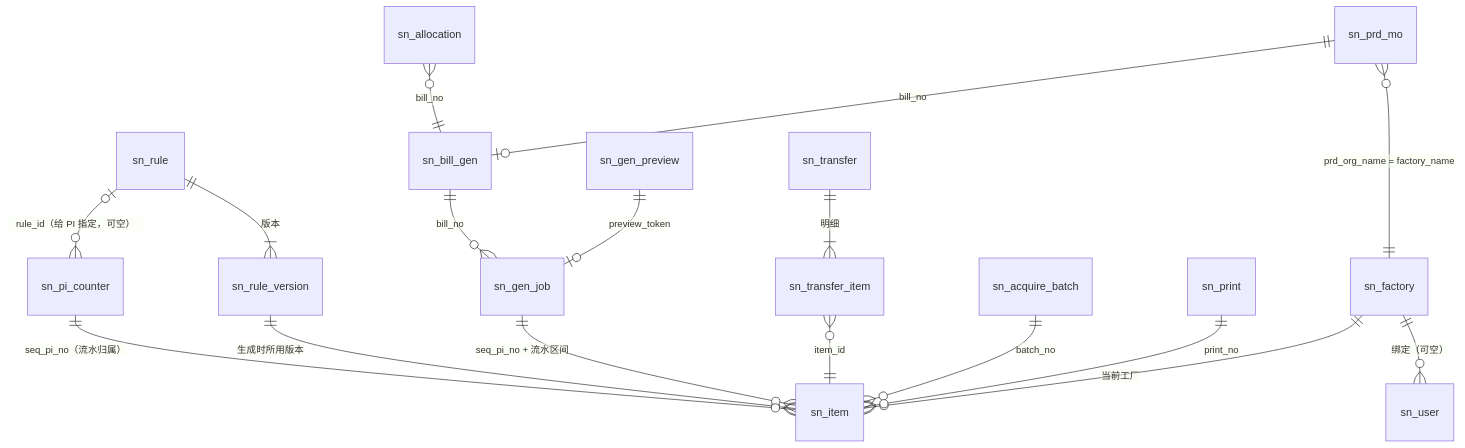
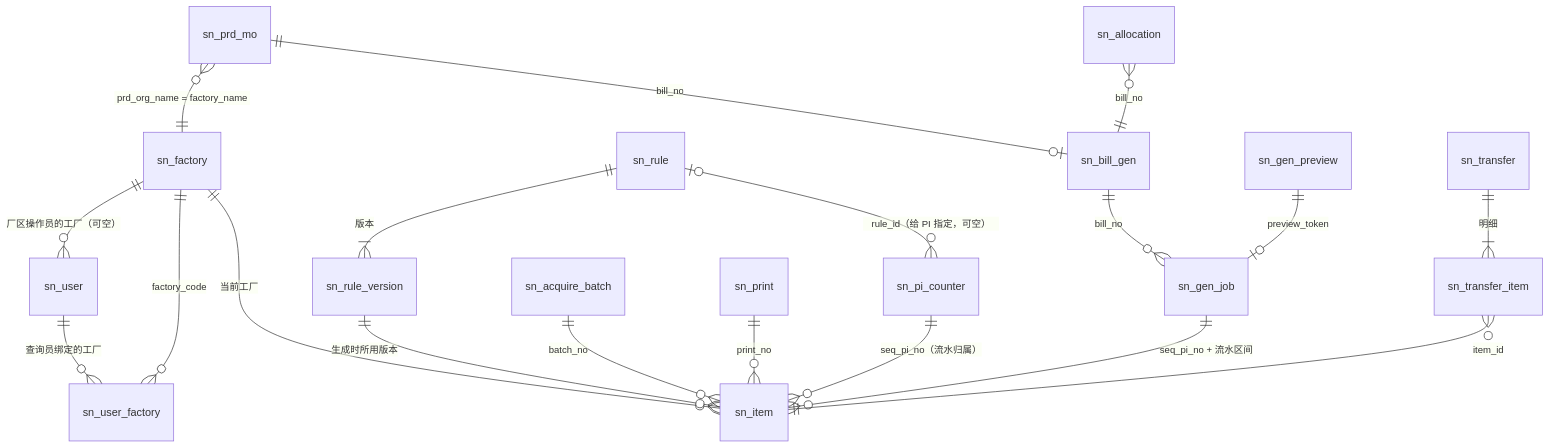
Before and after one commit to Createsnow/sn-center: the diagram in docs/数据库表设计.md, drawn with Mermaid. The commit also changed other lines of this file and 25 other files, not shown here.

First line of the commit message:
文档：逐个功能对照代码校对并更新全部文档、配图与 Word 版

````diff
--- a/docs/数据库表设计.md
+++ b/docs/数据库表设计.md
@@ -38,19 +38,21 @@
 ```mermaid
 erDiagram
-    sn_factory ||--o{ sn_user : "绑定（可空）"
+    sn_factory ||--o{ sn_user : "厂区操作员的工厂（可空）"
+    sn_user ||--o{ sn_user_factory : "查询员绑定的工厂"
+    sn_factory ||--o{ sn_user_factory : "factory_code"
     sn_factory ||--o{ sn_item : "当前工厂"
     sn_rule ||--|{ sn_rule_version : "版本"
     sn_rule |o--o{ sn_pi_counter : "rule_id（给 PI 指定，可空）"
     sn_rule_version ||--o{ sn_item : "生成时所用版本"
     sn_prd_mo }o--|| sn_factory : "prd_org_name = factory_name"
     sn_prd_mo ||--o| sn_bill_gen : "bill_no"
     sn_bill_gen ||--o{ sn_gen_job : "bill_no"
     sn_gen_preview ||--o| sn_gen_job : "preview_token"
     sn_gen_job ||--o{ sn_item : "seq_pi_no + 流水区间"
     sn_pi_counter ||--o{ sn_item : "seq_pi_no（流水归属）"
     sn_acquire_batch ||--o{ sn_item : "batch_no"
     sn_print ||--o{ sn_item : "print_no"
     sn_transfer ||--|{ sn_transfer_item : "明细"
     sn_transfer_item }o--|| sn_item : "item_id"
     sn_allocation }o--|| sn_bill_gen : "bill_no"
 ```
````
